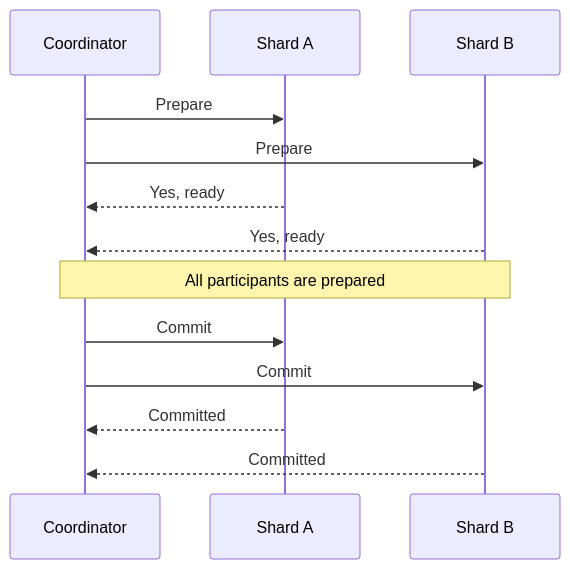
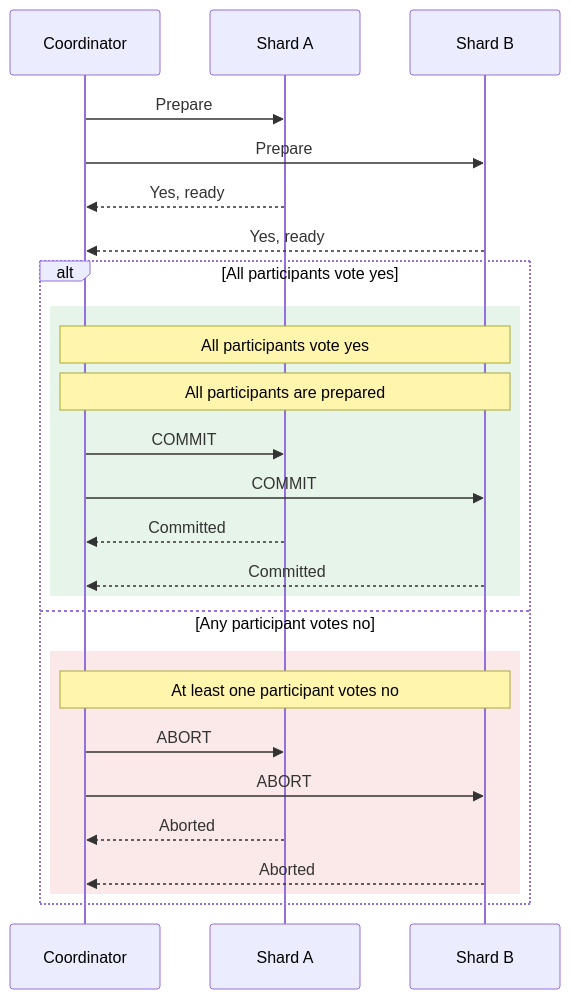
Before and after one commit to wcygan/wcygan.net: the diagram in src/diagrams/distributed-transactions/two-phase-commit.mmd, drawn with Mermaid. The commit also changed 7 other files, not shown here.

```diff
--- a/src/diagrams/distributed-transactions/two-phase-commit.mmd
+++ b/src/diagrams/distributed-transactions/two-phase-commit.mmd
@@ -1,16 +1,29 @@
 sequenceDiagram
     accTitle: Two-phase commit call sequence
-    accDescr: The coordinator asks both shards to prepare. Each shard votes yes, so the coordinator sends commit and waits for acknowledgements. A no vote would instead make the coordinator send abort.
+    accDescr: The coordinator asks both shards to prepare and waits for their votes. If both vote yes, it sends commit and waits for acknowledgements. If either votes no, it sends abort to both shards.
     participant C as Coordinator
     participant A as Shard A
     participant B as Shard B
 
     C->>A: Prepare
     C->>B: Prepare
     A-->>C: Yes, ready
     B-->>C: Yes, ready
-    Note over C,B: All participants are prepared
-    C->>A: Commit
-    C->>B: Commit
-    A-->>C: Committed
-    B-->>C: Committed
+    alt All participants vote yes
+        rect rgb(231, 244, 233)
+        Note over C,B: All participants vote yes
+        Note over C,B: All participants are prepared
+        C->>A: COMMIT
+        C->>B: COMMIT
+        A-->>C: Committed
+        B-->>C: Committed
+        end
+    else Any participant votes no
+        rect rgb(251, 233, 233)
+        Note over C,B: At least one participant votes no
+        C->>A: ABORT
+        C->>B: ABORT
+        A-->>C: Aborted
+        B-->>C: Aborted
+        end
+    end
```
